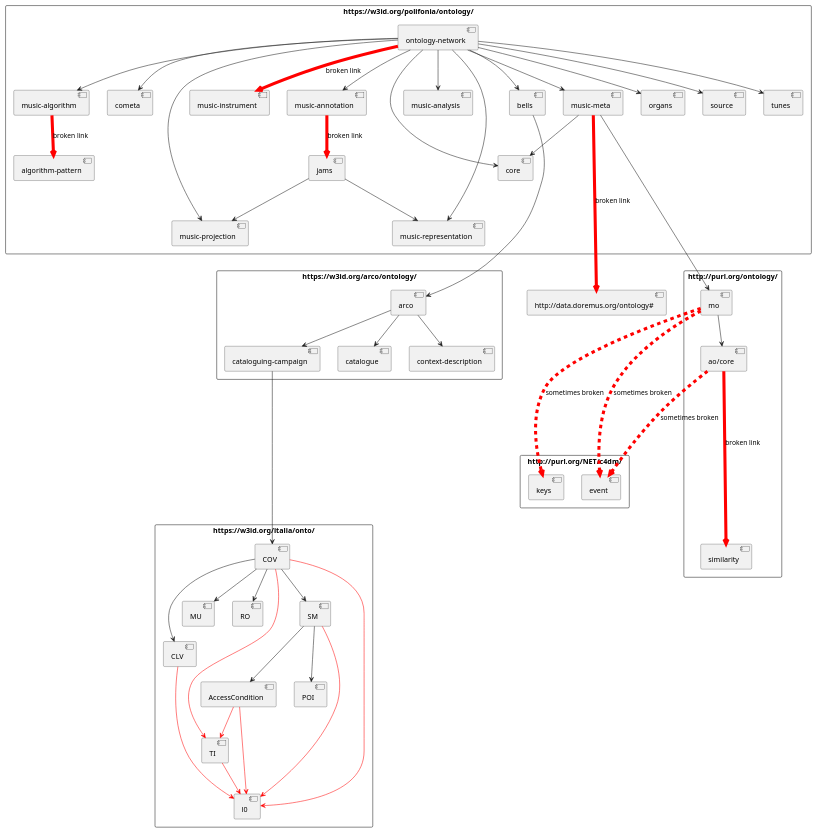
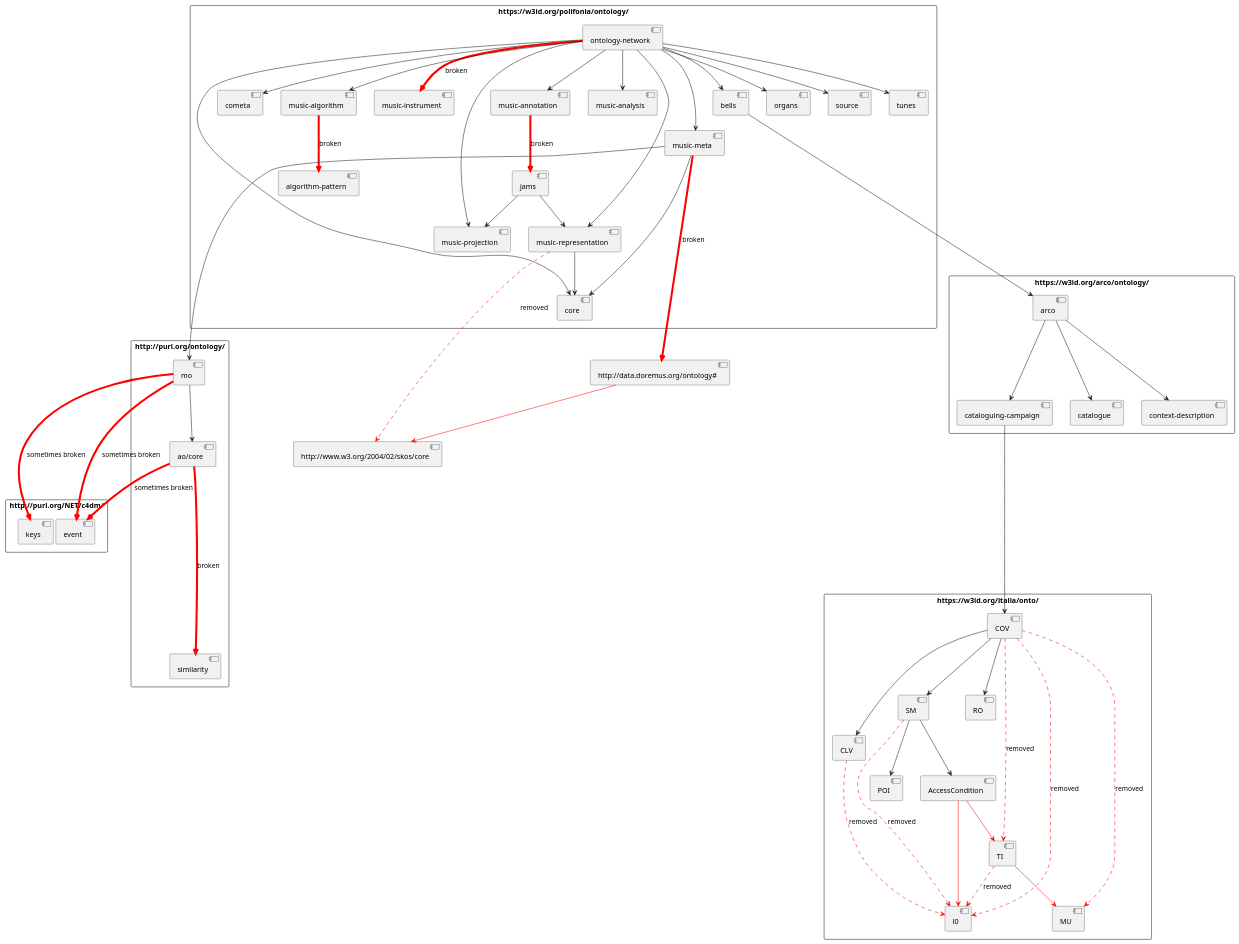
One commit to Danysan1/unibo-ke-matching-ontologies changed the diagram in polifonia/imports.plantuml. Above: the diagram before and after it, drawn with PlantUML. The commit also changed 4 other files, not shown here.

```diff
--- a/polifonia/imports.plantuml
+++ b/polifonia/imports.plantuml
@@ -1,105 +1,112 @@
 @startuml polifonia-ontology-imports
 
 rectangle "https://w3id.org/polifonia/ontology/" {
     [ontology-network] as network
     [bells]
     [cometa]
     [core]
     [music-instrument] as instrument
     [music-algorithm] as algorithm
     [music-annotation] as annotation
     [music-analysis] as analysis
     [music-meta] as meta
     [music-projection] as projection
     [music-representation] as representation
     [organs]
     [source]
     [tunes]
     [jams]
     [algorithm-pattern] as pattern
 
     network --> bells
     network --> cometa
     network --> core
-    network -[#red,thickness=6]-> instrument: broken link
+    network -[#red,thickness=4]-> instrument: broken
     network --> algorithm
     network --> analysis
     network --> annotation
     network --> meta
     network --> projection
     network --> representation
     network --> organs
     network --> source
     network --> tunes
     jams --> projection
     jams --> representation
     meta --> core
+    representation --> core
 
-    annotation -[#red,thickness=6]-> jams: broken link
-    algorithm -[#red,thickness=6]-> pattern: broken link
+    annotation -[#red,thickness=4]-> jams: broken
+    algorithm -[#red,thickness=4]-> pattern: broken
+}
+
+rectangle "http://purl.org/ontology/" {
+    [mo]
+    [ao/core] as ao_core
+    [similarity] as musim
+
+    mo --> ao_core
 }
 
 rectangle "https://w3id.org/arco/ontology/" {
     [arco]
     [cataloguing-campaign] as campaign
     [catalogue]
     [context-description] as description
 
     arco --> catalogue
     arco --> campaign
     arco --> description
 }
 
 rectangle "https://w3id.org/italia/onto/" {
     [AccessCondition]
     [CLV]
     [COV]
     [MU]
     [RO]
     [SM]
     [TI]
     [l0]
     [POI]
 
     AccessCondition -[#red]-> l0
     AccessCondition -[#red]-> TI
-    TI -[#red]-> l0
+    TI -[#red,dashed]-> l0 : removed
+    TI -[#red]-> MU
     COV --> CLV
-    COV --> MU
+    COV -[#red,dashed]-> MU: removed
     COV --> RO
     COV --> SM
-    COV -[#red]-> TI
-    COV -[#red]-> l0
-    CLV -[#red]-> l0
+    COV -[#red,dashed]-> TI: removed
+    COV -[#red,dashed]-> l0: removed
+    CLV -[#red,dashed]-> l0: removed
     SM --> AccessCondition
     SM --> POI
-    SM -[#red]-> l0
-}
-
-rectangle "http://purl.org/ontology/" {
-    [mo]
-    [ao/core] as ao_core
-    [similarity] as musim
-
-    mo --> ao_core
+    SM -[#red,dashed]-> l0: removed
 }
 
 rectangle "http://purl.org/NET/c4dm/" {
     [event]
     [keys]
 }
 
 [http://data.doremus.org/ontology#] as doremus
 
-meta -[#red,thickness=6]---> doremus: broken link
-ao_core -[#red,thickness=6]---> musim: broken link
+[http://www.w3.org/2004/02/skos/core] as skos
+
+meta -[#red,thickness=4]---> doremus: broken
+ao_core -[#red,thickness=4]---> musim: broken
 
 meta ----> mo
 bells ----> arco
 campaign ----> COV
 
-ao_core -[#red,dashed,thickness=6]--> event: sometimes broken
-mo -[#red,dashed,thickness=6]--> event: sometimes broken
-mo -[#red,dashed,thickness=6]--> keys: sometimes broken
+ao_core -[#red,thickness=4]-> event: sometimes broken
+mo -[#red,thickness=4]-> event: sometimes broken
+mo -[#red,thickness=4]-> keys: sometimes broken
+
+doremus -[#red]-> skos
+representation -[#red,dashed]-> skos: removed
 
 @enduml
```
